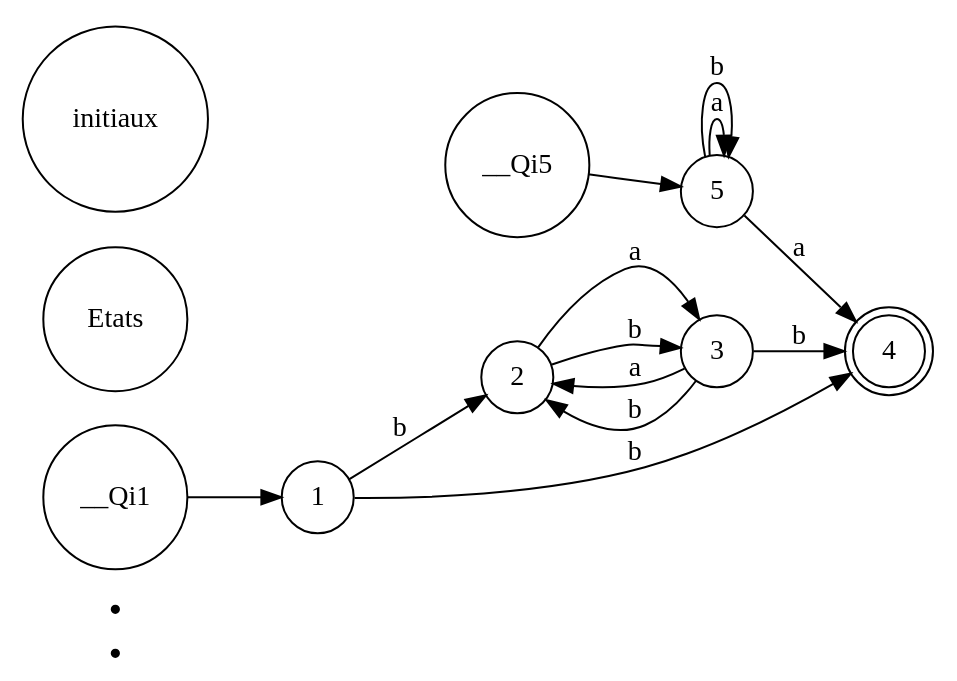
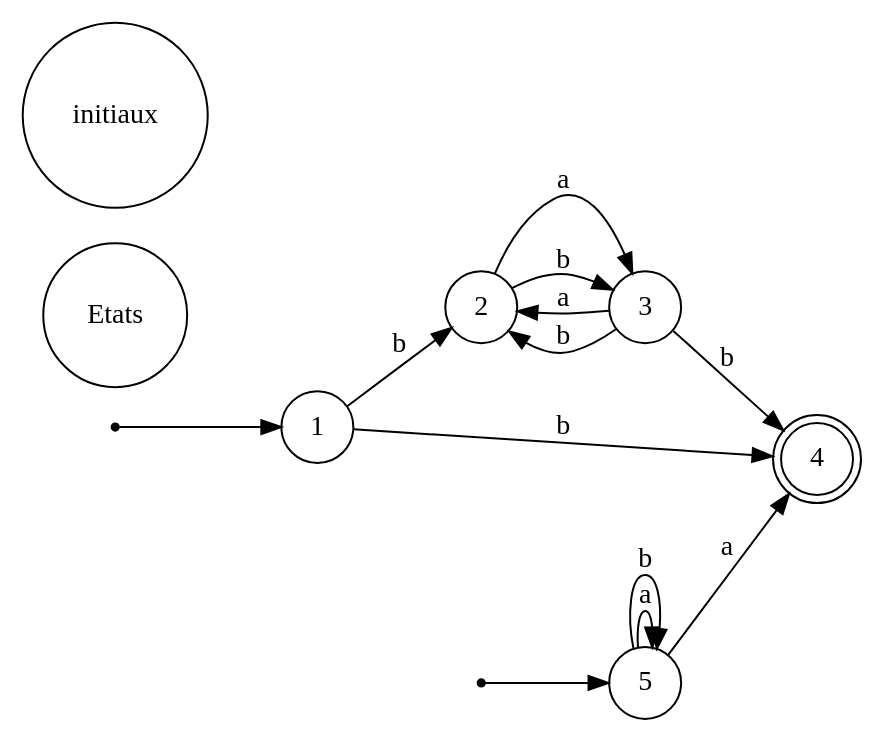
The diagram in td2exo3autoi.dot (Galaktik-hub/B1-S2-automates), drawn with Graphviz before and after one commit. The commit also changed 2 other files, not shown here.

```diff
--- a/td2exo3autoi.dot
+++ b/td2exo3autoi.dot
@@ -1,28 +1,28 @@
 digraph td2exo3autoi{
 	rankdir=LR;
 
 // States 5
 	node [shape = point]; __Qi1__; // Etat initial 
 	node [shape = point]; __Qi5__; // Etat initial 
 	node [shape = circle]; Q1[label=1];
 	node [shape = circle]; Q2[label=2];
 	node [shape = circle]; Q3[label=3];
 	node [shape = doublecircle]; Q4[label=4];
 	node [shape = circle]; Q5[label=5];
 
 	// Transitions
 
 	Etats initiaux
-	__Qi1 -> Q1
-	__Qi5 -> Q5
+	__Qi1__ -> Q1
+	__Qi5__ -> Q5
 	Q1 -> Q2 [label=b];
 	Q1 -> Q4 [label=b];
 	Q2 -> Q3 [label=a];
 	Q2 -> Q3 [label=b];
 	Q3 -> Q2 [label=a];
 	Q3 -> Q2 [label=b];
 	Q3 -> Q4 [label=b];
 	Q5 -> Q5 [label=a];
 	Q5 -> Q5 [label=b];
 	Q5 -> Q4 [label=a];
 }
```
